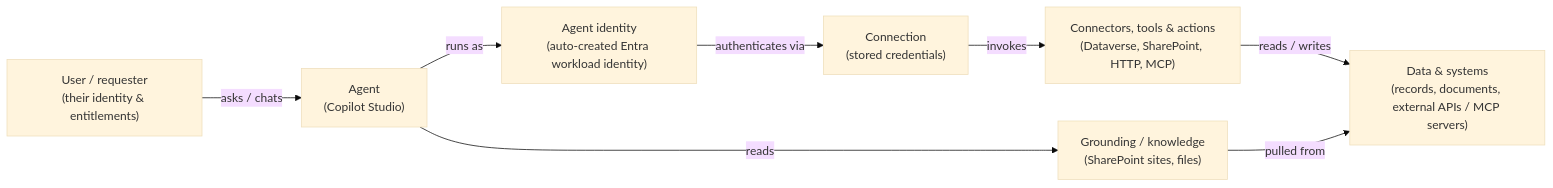
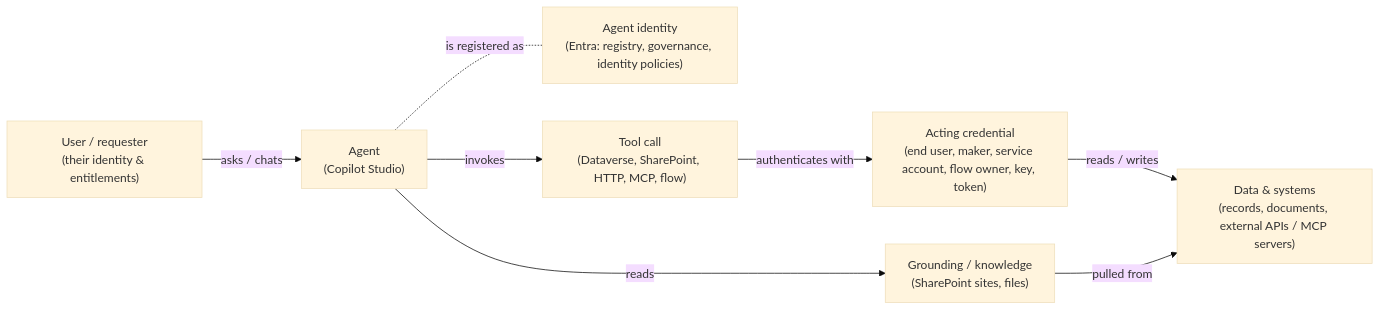
Before and after one commit to solliancenet/copilot-studio-shadow-agents-workshop: the diagram in docs/01_the_agent_estate/01_02.md, drawn with Mermaid (base theme). The commit also changed other lines of this file and 4 other files, not shown here.

Commit message:
Exercise 01: separate the agent's identity from each tool call's credential; grounding gets its own boundary

````diff
--- a/docs/01_the_agent_estate/01_02.md
+++ b/docs/01_the_agent_estate/01_02.md
@@ -26,18 +27,18 @@
 ```mermaid
 flowchart LR
   U["User / requester<br/>(their identity &amp; entitlements)"]
   A["Agent<br/>(Copilot Studio)"]
-  ID["Agent identity<br/>(auto-created Entra workload identity)"]
-  CX["Connection<br/>(stored credentials)"]
-  T["Connectors, tools &amp; actions<br/>(Dataverse, SharePoint, HTTP, MCP)"]
+  ID["Agent identity<br/>(Entra: registry, governance, identity policies)"]
+  T["Tool call<br/>(Dataverse, SharePoint, HTTP, MCP, flow)"]
+  CR["Acting credential<br/>(end user, maker, service account, flow owner, key, token)"]
   G["Grounding / knowledge<br/>(SharePoint sites, files)"]
   D["Data &amp; systems<br/>(records, documents, external APIs / MCP servers)"]
 
   U -->|"asks / chats"| A
-  A -->|"runs as"| ID
+  A -. "is registered as" .- ID
+  A -->|"invokes"| T
+  T -->|"authenticates with"| CR
+  CR -->|"reads / writes"| D
   A -->|"reads"| G
-  ID -->|"authenticates via"| CX
-  CX -->|"invokes"| T
-  T -->|"reads / writes"| D
   G -->|"pulled from"| D
 ```
````
